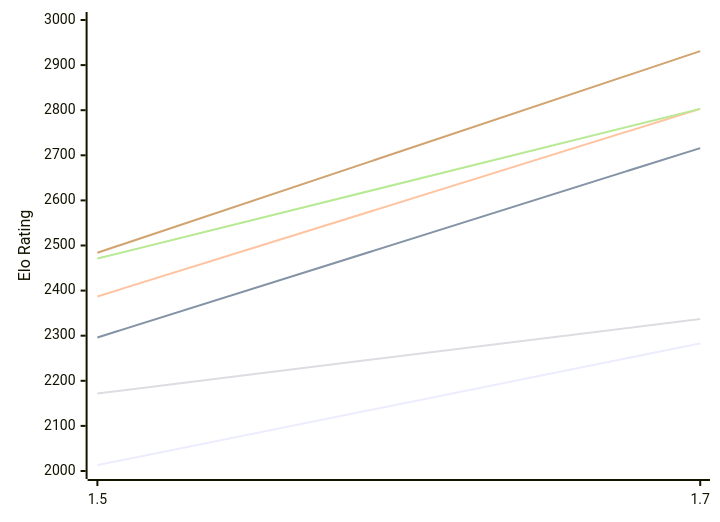
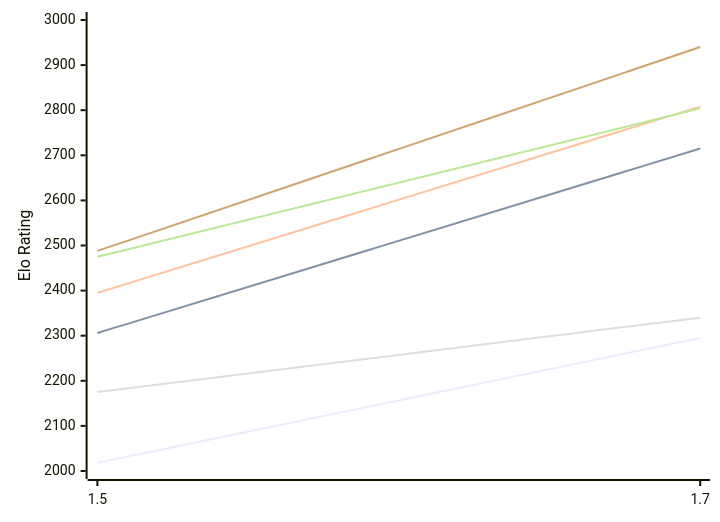
Before and after one commit to computer-chess-index/cci: the first of 2 diagrams in engines/Facon.md, drawn with Mermaid. The commit also changed other lines of this file, not shown here.

Commit message:
Update CCI Ratings (ELO VLTC) - 2026-10-16

````diff
--- a/engines/Facon.md
+++ b/engines/Facon.md
@@ -52,12 +52,12 @@
 ```mermaid
 %%{init: {"theme":"base","themeVariables":{"seriesColors:['#a3a3a3','#222221','#faa371']}}}%%
 xychart-beta
   x-axis ["1.5", "1.7"]
   y-axis "Elo Rating" 2000 --> 3000
-  line "E1: STC (8.0+0.08s)" [2013, 2283]
-  line "E1: LTC (60.0+0.60s)" [2296, 2716]
-  line "E1: VLTC (2m24s+1.12s)" [2387, 2803]
-  line "P1: STC (8.0+0.08s)" [2172, 2337]
-  line "P1: LTC (60.0+0.60s)" [2471, 2803]
-  line "P1: VLTC (2m24s+1.12s)" [2484, 2931]
+  line "E1: STC (8.0+0.08s)" [2018, 2295]
+  line "E1: LTC (60.0+0.60s)" [2306, 2715]
+  line "E1: VLTC (2m24s+1.12s)" [2395, 2808]
+  line "P1: STC (8.0+0.08s)" [2175, 2340]
+  line "P1: LTC (60.0+0.60s)" [2475, 2804]
+  line "P1: VLTC (2m24s+1.12s)" [2488, 2940]
 ```
````
